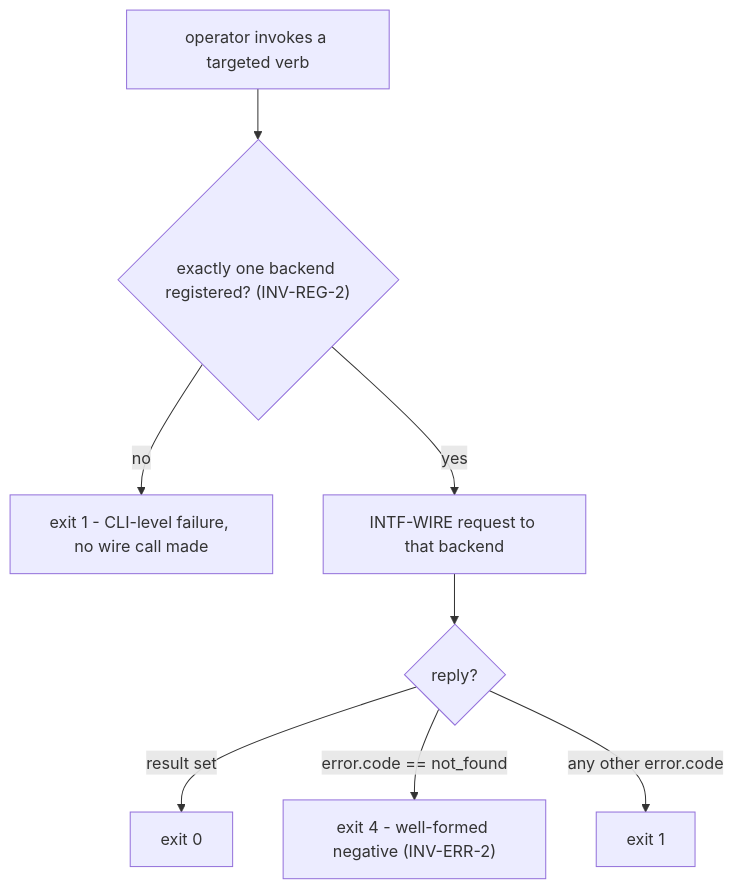
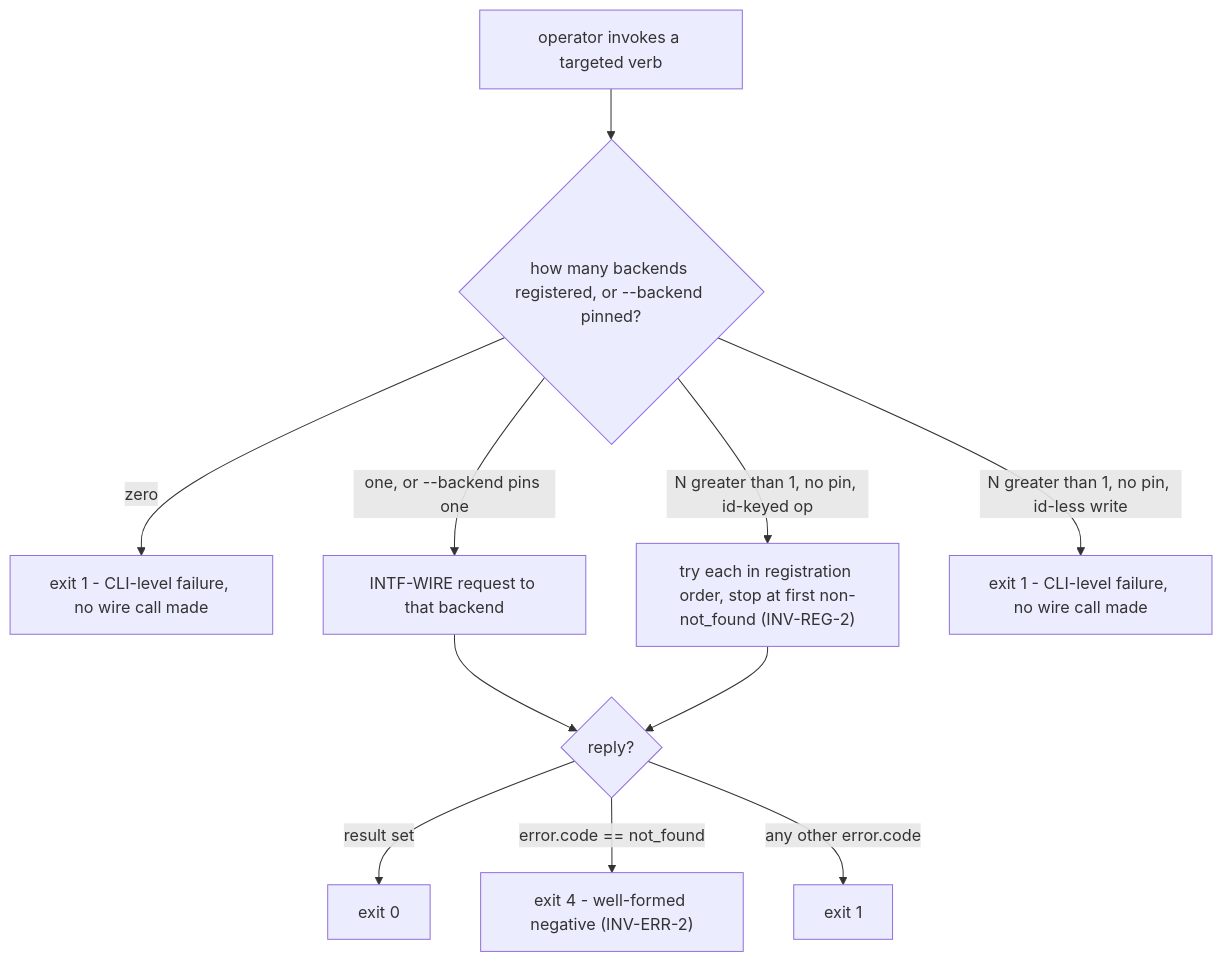
Before and after one commit to phillipgreenii/nix-agent-support: the fourth of 8 diagrams in packages/pg-connector/docs/behavior/journeys.md, drawn with Mermaid. The commit also changed other lines of this file and 5 other files, not shown here.

````diff
--- a/packages/pg-connector/docs/behavior/journeys.md
+++ b/packages/pg-connector/docs/behavior/journeys.md
@@ -180,10 +195,13 @@
 ```mermaid
 flowchart TD
-    call["operator invokes a targeted verb"] --> resolve{"exactly one backend registered? (INV-REG-2)"}
-    resolve -->|no| e1a["exit 1 - CLI-level failure, no wire call made"]
-    resolve -->|yes| dispatch["INTF-WIRE request to that backend"]
+    call["operator invokes a targeted verb"] --> n{"how many backends registered, or --backend pinned?"}
+    n -->|"zero"| e1a["exit 1 - CLI-level failure, no wire call made"]
+    n -->|"one, or --backend pins one"| dispatch["INTF-WIRE request to that backend"]
+    n -->|"N greater than 1, no pin, id-keyed op"| tryeach["try each in registration order, stop at first non-not_found (INV-REG-2)"]
+    n -->|"N greater than 1, no pin, id-less write"| e1c["exit 1 - CLI-level failure, no wire call made"]
     dispatch --> outcome{"reply?"}
+    tryeach --> outcome
     outcome -->|"result set"| e0["exit 0"]
     outcome -->|"error.code == not_found"| e4["exit 4 - well-formed negative (INV-ERR-2)"]
     outcome -->|"any other error.code"| e1b["exit 1"]
 ```
````
